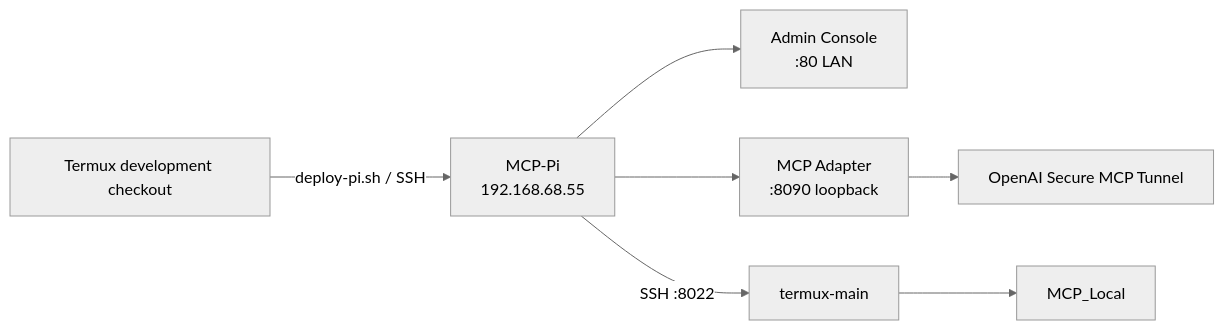
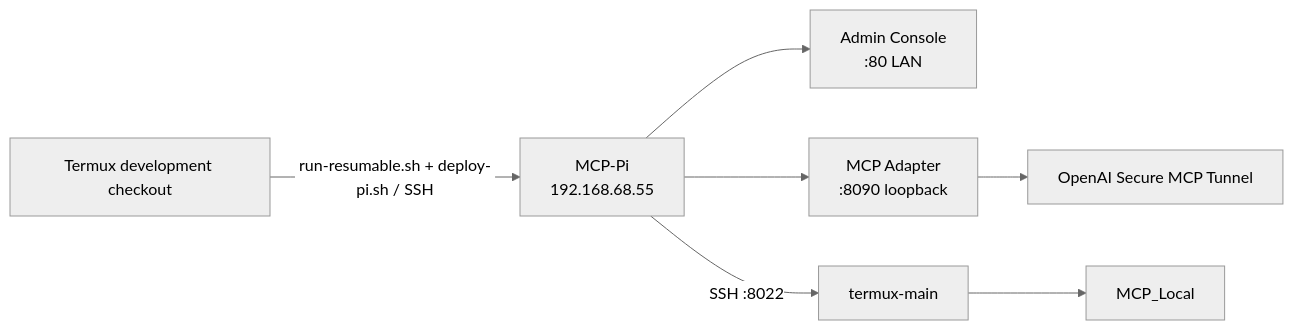
One commit to yorologo/Local-miniMCP changed the fourth of 4 diagrams in docs/reference/diagrams.md. Above: the diagram before and after it, drawn with Mermaid (neutral theme). The commit also changed 31 other files, not shown here.

````diff
--- a/docs/reference/diagrams.md
+++ b/docs/reference/diagrams.md
@@ -68,9 +68,9 @@
 ```mermaid
 flowchart LR
-    DEV[Termux development checkout] -->|deploy-pi.sh / SSH| PI[MCP-Pi\n192.168.68.55]
+    DEV[Termux development checkout] -->|run-resumable.sh + deploy-pi.sh / SSH| PI[MCP-Pi\n192.168.68.55]
     PI --> ADMIN[Admin Console\n:80 LAN]
     PI --> MCP[MCP Adapter\n:8090 loopback]
     MCP --> TUN[OpenAI Secure MCP Tunnel]
     PI -->|SSH :8022| PHONE[termux-main]
     PHONE --> REPO[MCP_Local]
 ```
````
